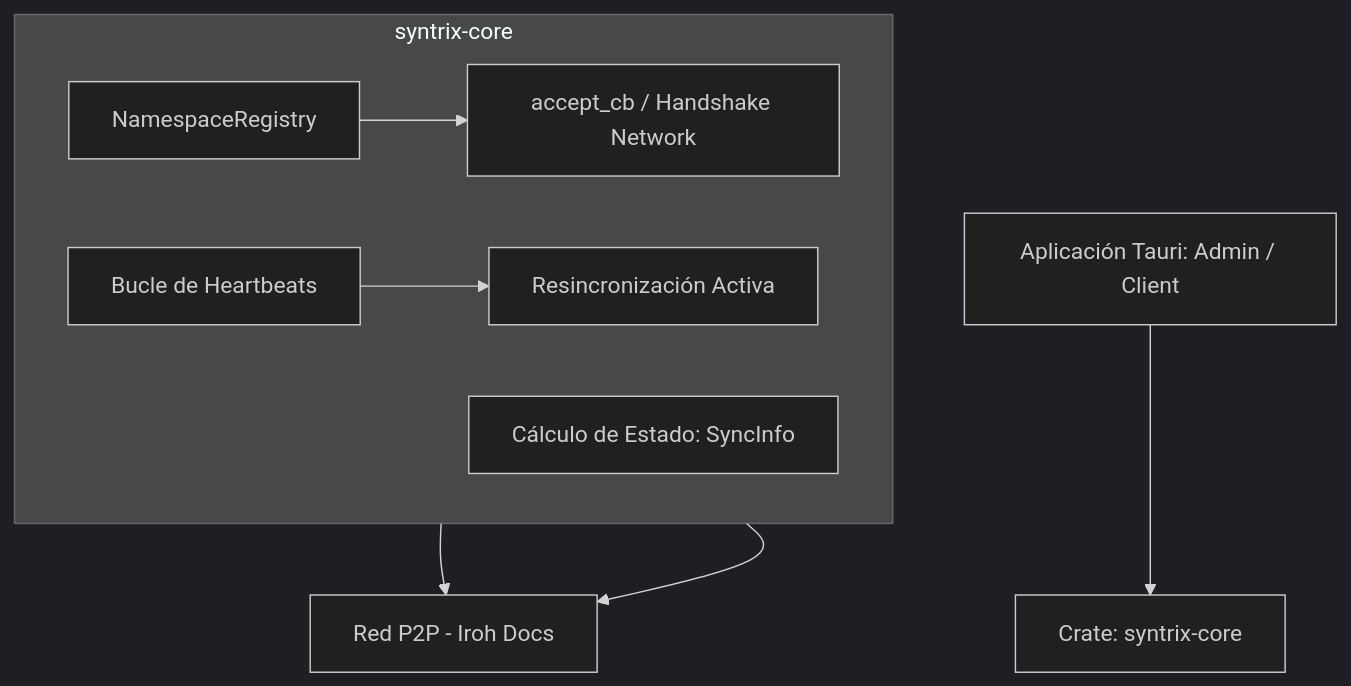
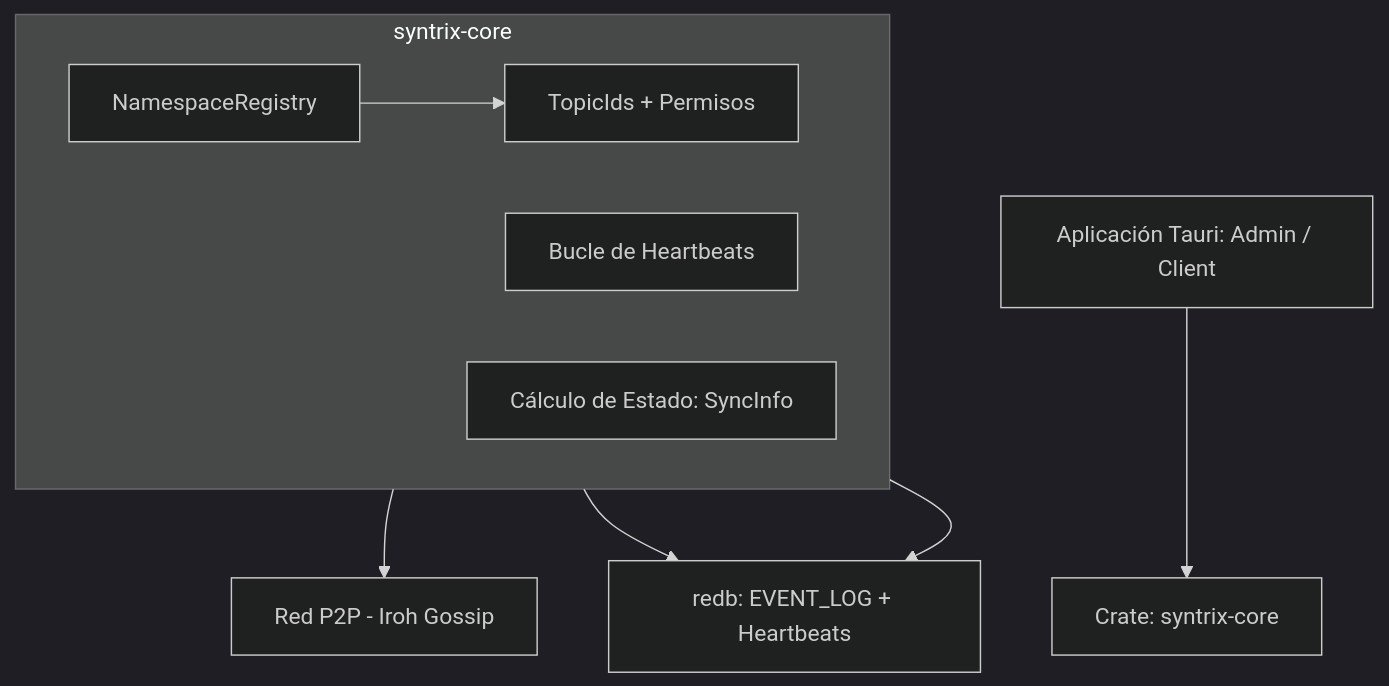
One commit to royalcala/syntrix-monorepo changed the diagram in apps/docs/src/content/docs/arquitectura/sincronizacion.md. Above: the diagram before and after it, drawn with Mermaid (dark theme). The commit also changed other lines of this file and 33 other files, not shown here.

````diff
--- a/apps/docs/src/content/docs/arquitectura/sincronizacion.md
+++ b/apps/docs/src/content/docs/arquitectura/sincronizacion.md
@@ -16,14 +14,15 @@
 ```mermaid
 graph TD
     A[Aplicación Tauri: Admin / Client] --> B[Crate: syntrix-core]
     
     subgraph syntrix-core
         direction LR
-        B1[NamespaceRegistry] --> B2[accept_cb / Handshake Network]
-        B3[Bucle de Heartbeats] --> B4[Resincronización Activa]
-        B5[Cálculo de Estado: SyncInfo]
+        B1[NamespaceRegistry] --> B2[TopicIds + Permisos]
+        B3[Bucle de Heartbeats]
+        B4[Cálculo de Estado: SyncInfo]
     end
 
-    B2 --> C[Red P2P - Iroh Docs]
-    B4 --> C
+    B2 --> C[Red P2P - Iroh Gossip]
+    B3 --> D[redb: EVENT_LOG + Heartbeats]
+    B4 --> D
 ```
````
